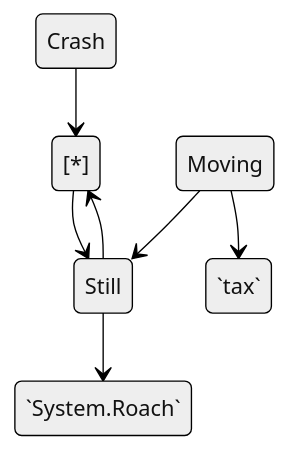
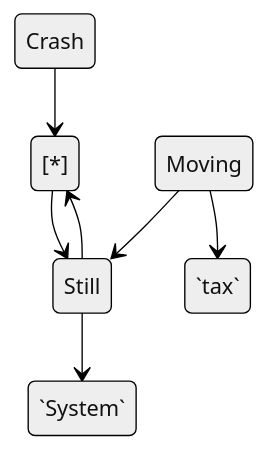
One commit to swimmio/csharp-shaul-test changed the first of 2 diagrams in .swm/marmaid-draft.gby47omg.sw.md. Above: the diagram before and after it, drawn with Mermaid (neutral theme). The commit also changed other lines of this file, not shown here.

````diff
--- a/.swm/marmaid-draft.gby47omg.sw.md
+++ b/.swm/marmaid-draft.gby47omg.sw.md
@@ -9,10 +9,10 @@
 ```mermaid
 stateDiagram-v2
 [\*] --> Still
 Still --> [\*]
-Still --> `System.Roach`
+Still --> `System`
 Moving --> Still
 Moving --> `tax`
 Crash --> [\*]
 
 ```
````
